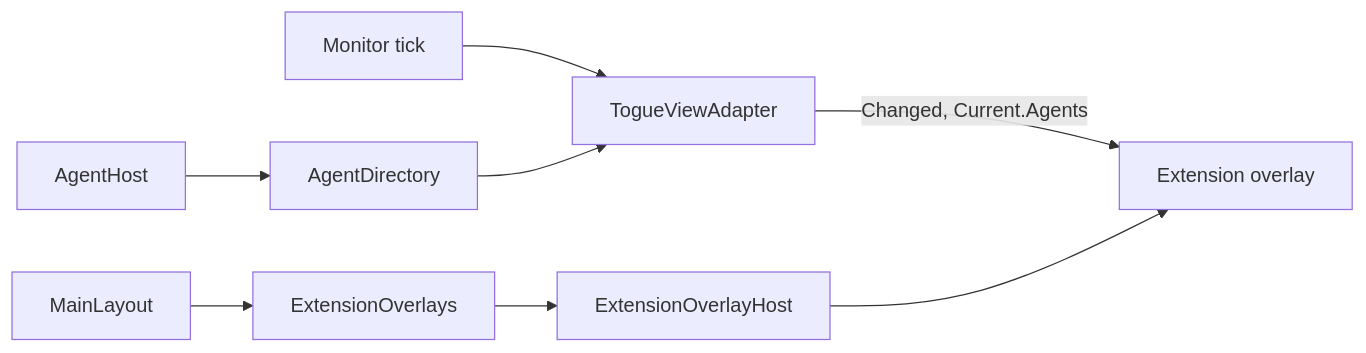
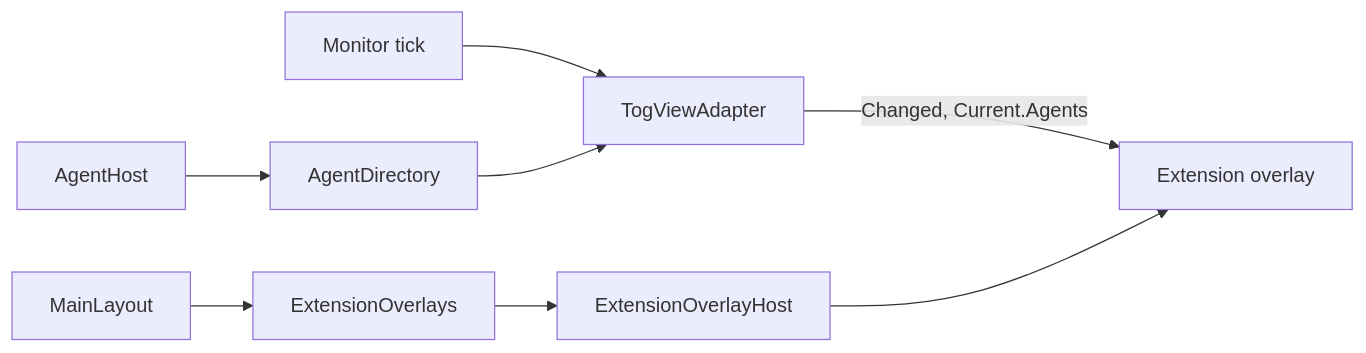
One commit to BradenTerry/Tog changed the fourth of 10 diagrams in docs/extensions.md. Above: the diagram before and after it, drawn with Mermaid. The commit also changed other lines of this file and 483 other files, not shown here.

Commit message:
Rename Togue to Tog

````diff
--- a/docs/extensions.md
+++ b/docs/extensions.md
@@ -228,7 +228,7 @@
 ```mermaid
 flowchart LR
-    Monitor[Monitor tick] --> Adapter[TogueViewAdapter]
+    Monitor[Monitor tick] --> Adapter[TogViewAdapter]
     Host[AgentHost] --> Directory[AgentDirectory] --> Adapter
     Adapter -->|Changed, Current.Agents| Overlay[Extension overlay]
     Layout[MainLayout] --> Layer[ExtensionOverlays] --> OverlayHost[ExtensionOverlayHost] --> Overlay
 ```
````
